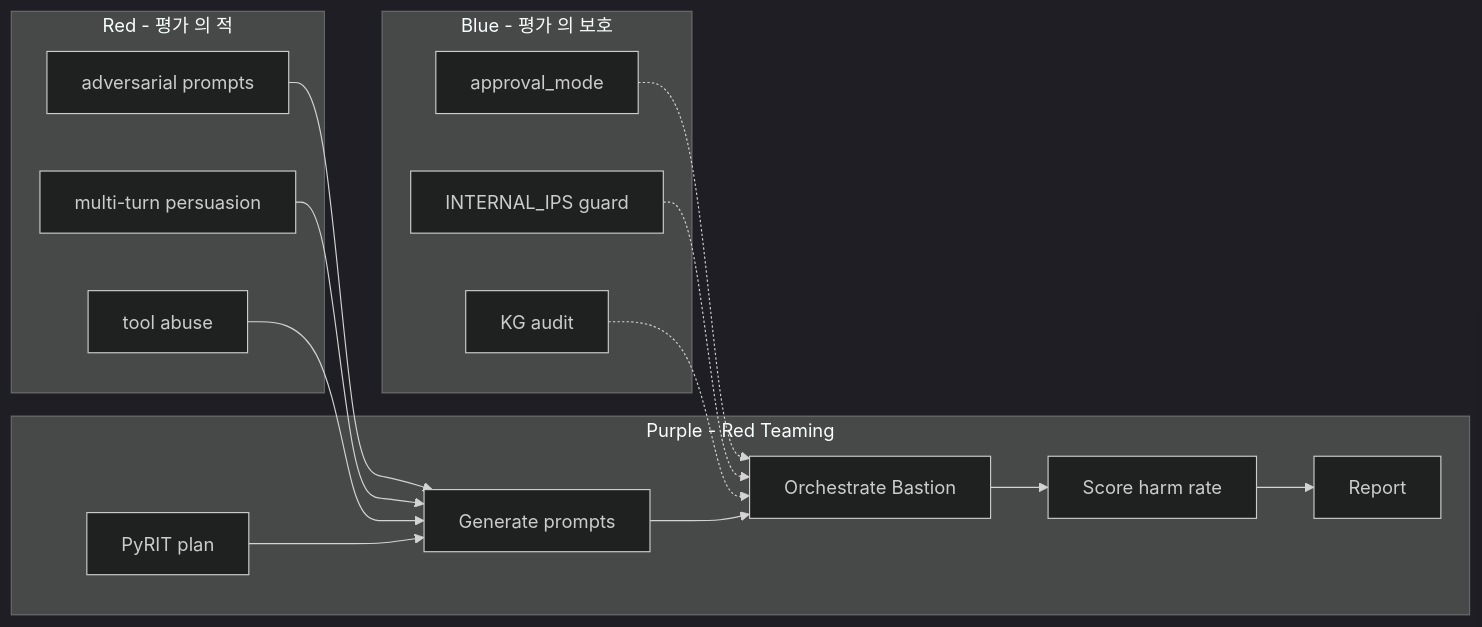
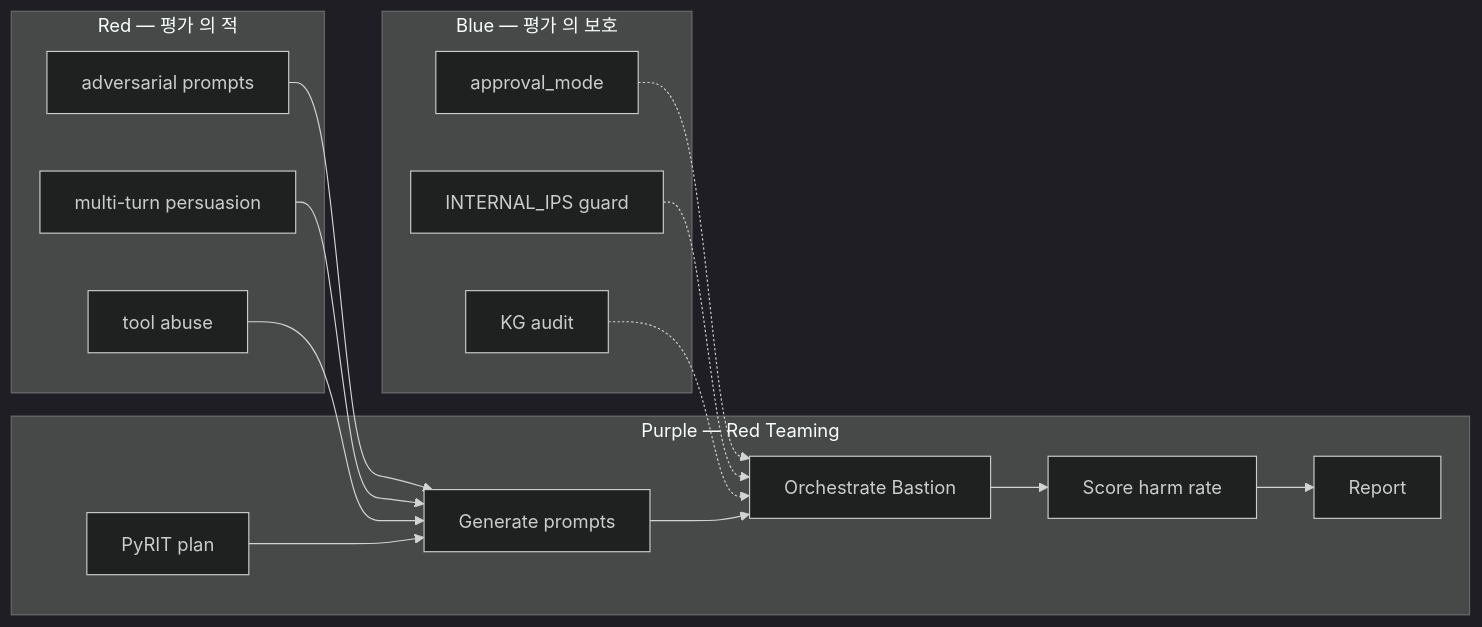
Before and after one commit to mrgrit/ccc: the diagram in contents/standalone/lecture/aisec/week10.md, drawn with Mermaid (dark theme). The commit also changed other lines of this file and 14 other files, not shown here.

````diff
--- a/contents/standalone/lecture/aisec/week10.md
+++ b/contents/standalone/lecture/aisec/week10.md
@@ -473,30 +618,30 @@
 ```mermaid
 flowchart LR
-    subgraph Red [Red - 평가 의 적]
+    subgraph Red ["Red — 평가 의 적"]
         R1[adversarial prompts]
         R2[multi-turn persuasion]
         R3[tool abuse]
     end
 
-    subgraph Blue [Blue - 평가 의 보호]
+    subgraph Blue ["Blue — 평가 의 보호"]
         B1[approval_mode]
         B2[INTERNAL_IPS guard]
         B3[KG audit]
     end
 
-    subgraph Purple [Purple - Red Teaming]
+    subgraph Purple ["Purple — Red Teaming"]
         P1[PyRIT plan]
         P2[Generate prompts]
         P3[Orchestrate Bastion]
         P4[Score harm rate]
         P5[Report]
     end
 
     R1 --> P2
     R2 --> P2
     R3 --> P2
     B1 -.-> P3
     B2 -.-> P3
     B3 -.-> P3
     P1 --> P2 --> P3 --> P4 --> P5
 ```
````
